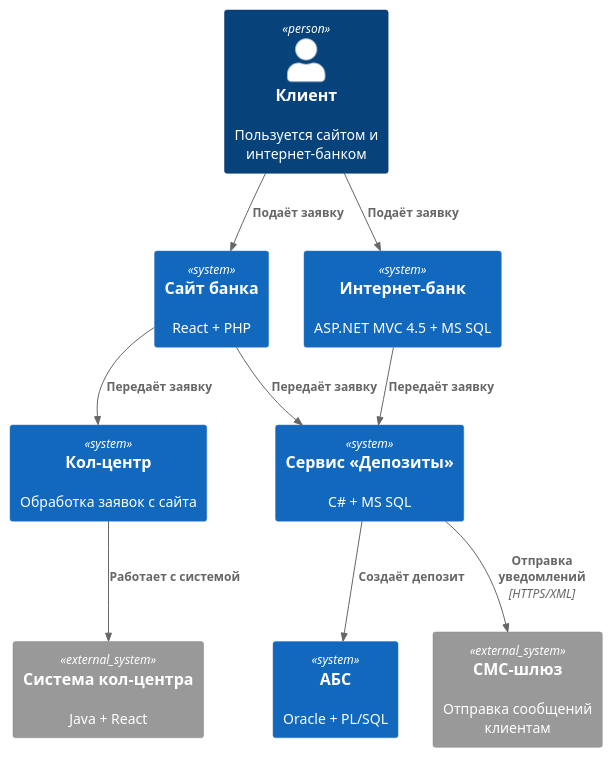
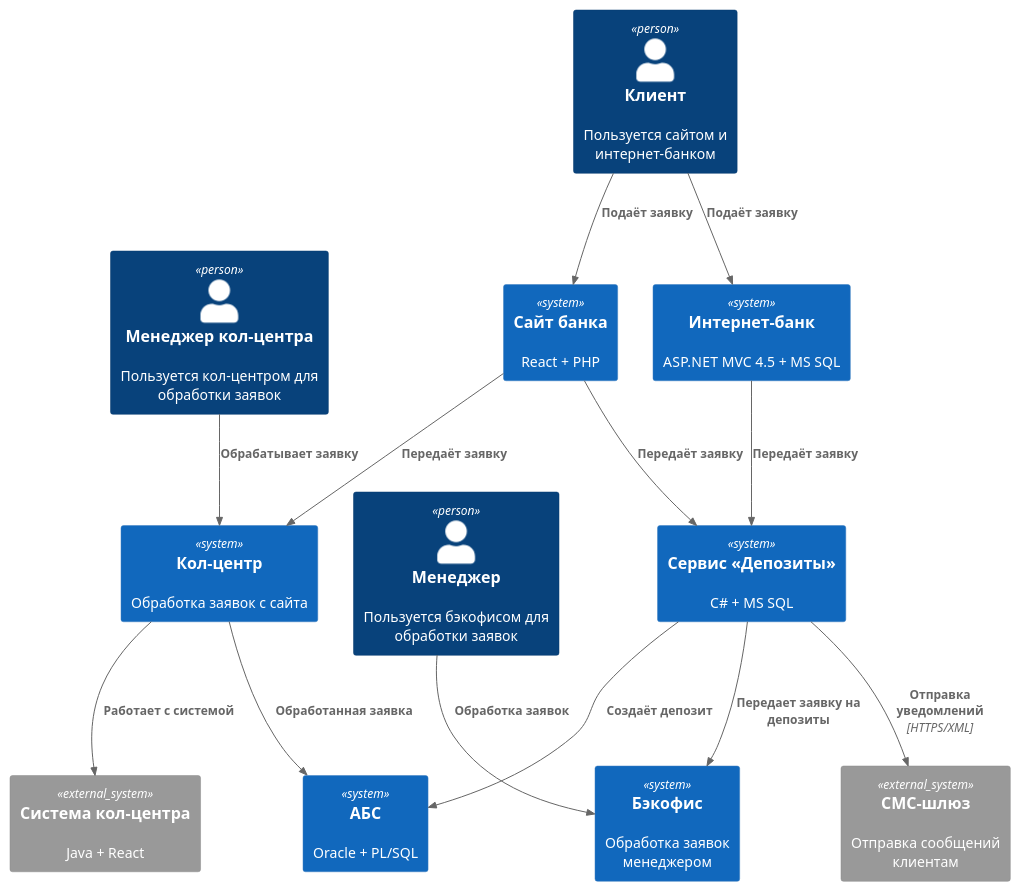
Before and after one commit to trixartem/architecture-standart: the diagram in task3/сontext.puml, drawn with PlantUML. The commit also changed 2 other files, not shown here.

```diff
--- a/task3/сontext.puml
+++ b/task3/сontext.puml
@@ -1,23 +1,31 @@
 @startuml C4_Context
 !includeurl https://raw.githubusercontent.com/plantuml-stdlib/C4-PlantUML/master/C4_Context.puml
 
 Person(client, "Клиент", "Пользуется сайтом и интернет-банком")
+Person(managerCallCenter, "Менеджер кол-центра", "Пользуется кол-центром для обработки заявок")
+Person(manager, "Менеджер", "Пользуется бэкофисом для обработки заявок")
 
 System(website, "Сайт банка", "React + PHP")
 System(onlineBank, "Интернет-банк", "ASP.NET MVC 4.5 + MS SQL")
 System(contactCenter, "Кол-центр", "Обработка заявок с сайта")
 System_Ext(contactCenterSystem, "Система кол-центра", "Java + React")
 System(depositService, "Сервис «Депозиты»", "C# + MS SQL")
 System(coreBanking, "АБС", "Oracle + PL/SQL")
+System(backoffice, "Бэкофис", "Обработка заявок менеджером")
 System_Ext(smsGateway, "СМС-шлюз", "Отправка сообщений клиентам")
+
+Rel(manager, backoffice, "Обработка заявок")
+Rel(depositService, backoffice, "Передает заявку на депозиты")
 
 Rel(client, website, "Подаёт заявку")
 Rel(client, onlineBank, "Подаёт заявку")
+Rel(managerCallCenter, contactCenter, "Обрабатывает заявку")
+Rel(contactCenter, coreBanking, "Обработанная заявка")
 Rel(website, contactCenter, "Передаёт заявку")
 Rel(contactCenter, contactCenterSystem, "Работает с системой")
 Rel(onlineBank, depositService, "Передаёт заявку")
 Rel(website, depositService, "Передаёт заявку")
 Rel(depositService, coreBanking, "Создаёт депозит", "")
 Rel(depositService, smsGateway, "Отправка уведомлений", "HTTPS/XML")
 
 @enduml
```
